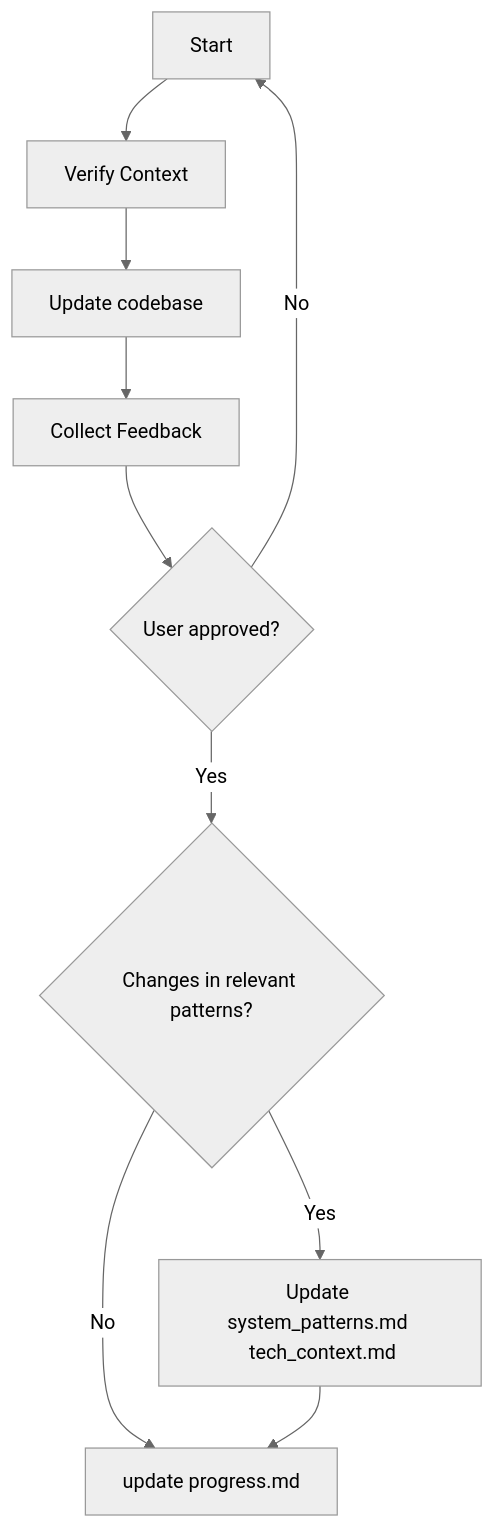
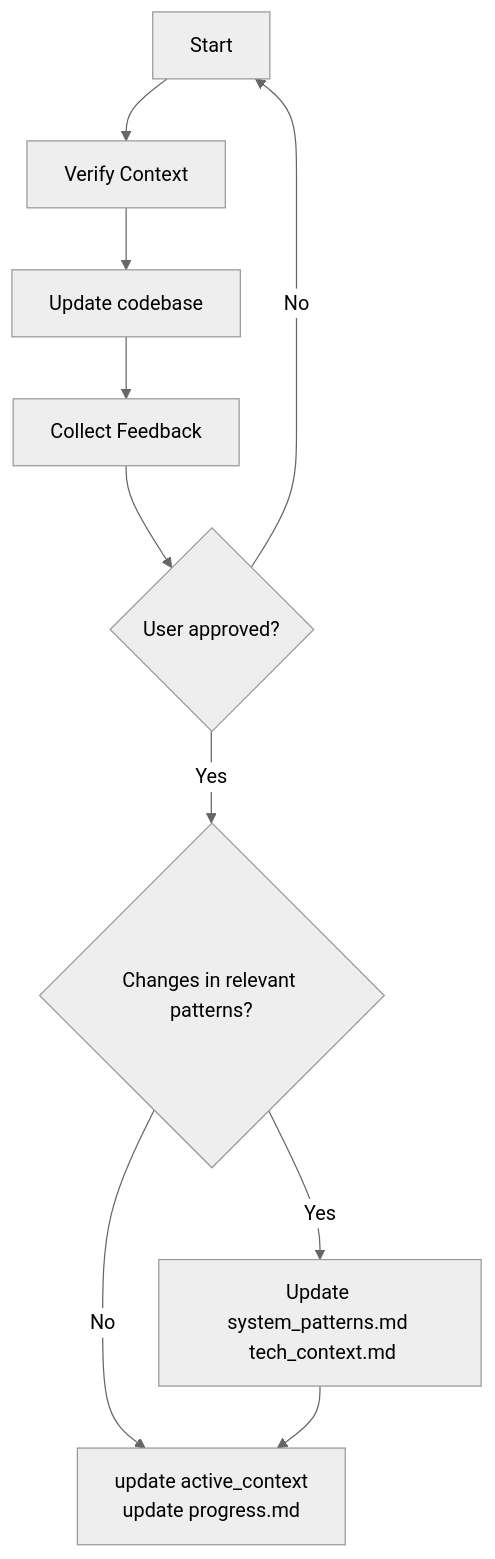
Before and after one commit to lucaszprado/ai-engineering: the fifth of 7 diagrams in user_rules.md, drawn with Mermaid (neutral theme). The commit also changed other lines of this file, not shown here.

````diff
--- a/user_rules.md
+++ b/user_rules.md
@@ -127,12 +128,12 @@
 ```mermaid
 flowchart TD
     A[Start] --> B[Verify Context]
     B --> C[Update codebase]
     C --> D[Collect Feedback]
     D --> F{User approved?}
     F -- No --> A
     F -- Yes --> G{Changes in relevant patterns?}
-    G -- No --> H[update progress.md]
+    G -- No --> H[update active_context <br> update progress.md]
     G -- Yes --> I[Update system_patterns.md <br/> tech_context.md]
     I --> H
 ```
````
